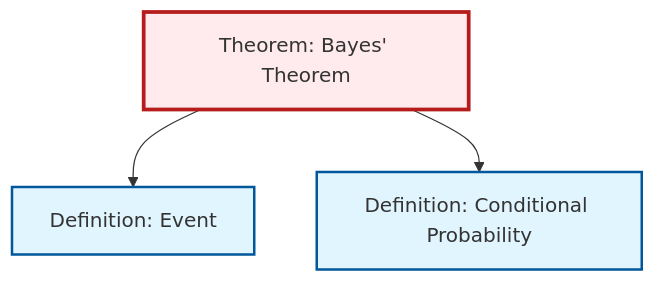
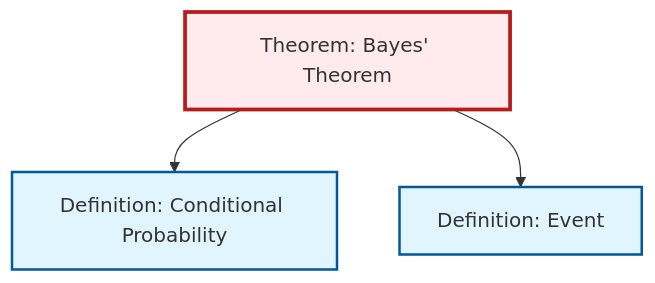
Before and after one commit to RK0429/ModernMath: the diagram in content/en/probability-statistics/thm-bayes.qmd, drawn with Mermaid. The commit also changed other lines of this file and 554 other files, not shown here.

````diff
--- a/content/en/probability-statistics/thm-bayes.qmd
+++ b/content/en/probability-statistics/thm-bayes.qmd
@@ -88,17 +88,17 @@
 ```{mermaid}
 %%| fig-cap: "Local dependency graph"
 graph TD
     classDef definition fill:#e1f5fe,stroke:#01579b,stroke-width:2px
     classDef theorem fill:#f3e5f5,stroke:#4a148c,stroke-width:2px
     classDef axiom fill:#fff3e0,stroke:#e65100,stroke-width:2px
     classDef example fill:#e8f5e9,stroke:#1b5e20,stroke-width:2px
     classDef current fill:#ffebee,stroke:#b71c1c,stroke-width:3px
+    def-event["Definition: Event"]:::definition
     thm-bayes["Theorem: Bayes' Theorem"]:::theorem
     def-conditional-probability["Definition: Conditional Probability"]:::definition
-    def-event["Definition: Event"]:::definition
+    thm-bayes --> def-conditional-probability
     thm-bayes --> def-event
-    thm-bayes --> def-conditional-probability
     class thm-bayes current
+    click def-event "def-event.html" "Go to Event definition"
     click def-conditional-probability "def-conditional-probability.html" "Go to Conditional Probability definition"
-    click def-event "def-event.html" "Go to Event definition"
 ```
````
